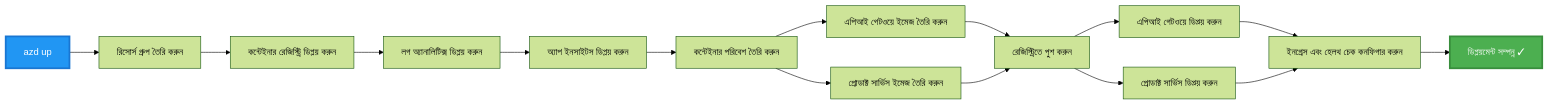
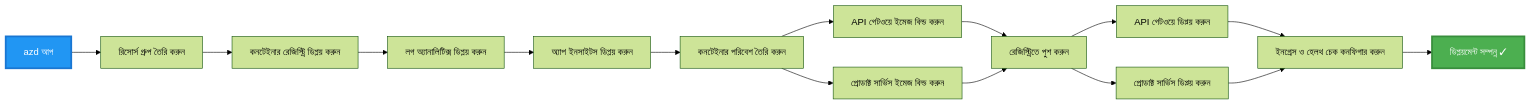
The third of 4 diagrams in translations/bn/examples/microservices/README.md (microsoft/AZD-for-beginners), drawn with Mermaid (forest theme) before and after one commit. The commit also changed other lines of this file and 242 other files, not shown here.

````diff
--- a/translations/bn/examples/microservices/README.md
+++ b/translations/bn/examples/microservices/README.md
@@ -242,20 +233,20 @@
 ```mermaid
 graph LR
-    A[azd up] --> B[রিসোর্স গ্রুপ তৈরি করুন]
-    B --> C[কন্টেইনার রেজিস্ট্রি ডিপ্লয় করুন]
+    A[azd আপ] --> B[রিসোর্স গ্রুপ তৈরি করুন]
+    B --> C[কনটেইনার রেজিস্ট্রি ডিপ্লয় করুন]
     C --> D[লগ অ্যানালিটিক্স ডিপ্লয় করুন]
     D --> E[অ্যাপ ইনসাইটস ডিপ্লয় করুন]
-    E --> F[কন্টেইনার পরিবেশ তৈরি করুন]
-    F --> G[এপিআই গেটওয়ে ইমেজ তৈরি করুন]
-    F --> H[প্রোডাক্ট সার্ভিস ইমেজ তৈরি করুন]
+    E --> F[কনটেইনার পরিবেশ তৈরি করুন]
+    F --> G[API গেটওয়ে ইমেজ বিল্ড করুন]
+    F --> H[প্রোডাক্ট সার্ভিস ইমেজ বিল্ড করুন]
     G --> I[রেজিস্ট্রিতে পুশ করুন]
     H --> I
-    I --> J[এপিআই গেটওয়ে ডিপ্লয় করুন]
+    I --> J[API গেটওয়ে ডিপ্লয় করুন]
     I --> K[প্রোডাক্ট সার্ভিস ডিপ্লয় করুন]
-    J --> L[ইনগ্রেস এবং হেলথ চেক কনফিগার করুন]
+    J --> L[ইনগ্রেস ও হেলথ চেক কনফিগার করুন]
     K --> L
     L --> M[ডিপ্লয়মেন্ট সম্পন্ন ✓]
     
     style A fill:#2196F3,stroke:#1976D2,stroke-width:3px,color:#fff
     style M fill:#4CAF50,stroke:#388E3C,stroke-width:3px,color:#fff
 ```
````
